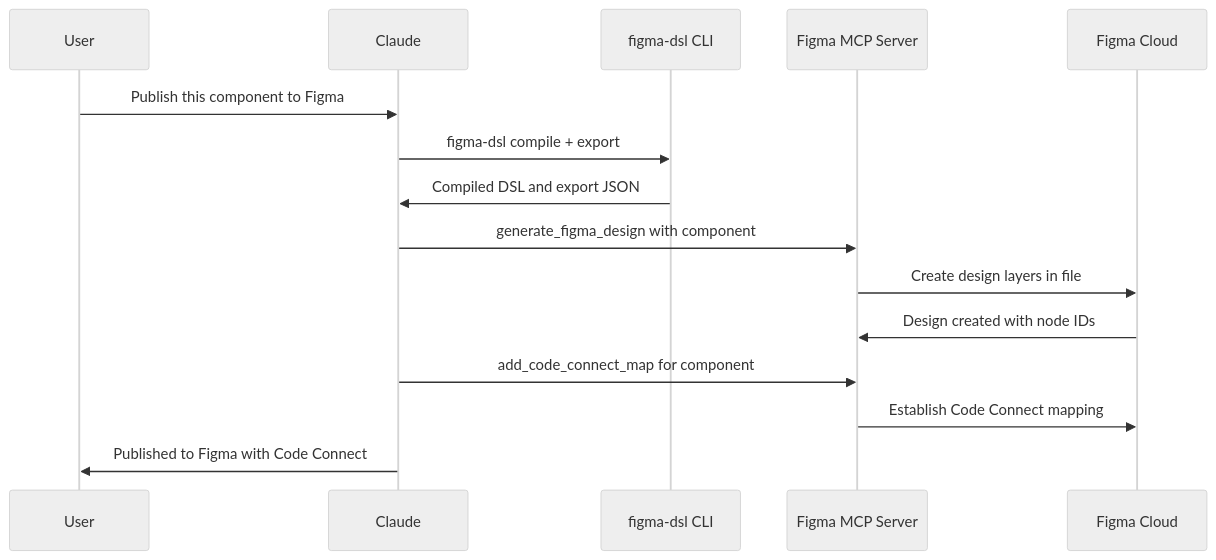
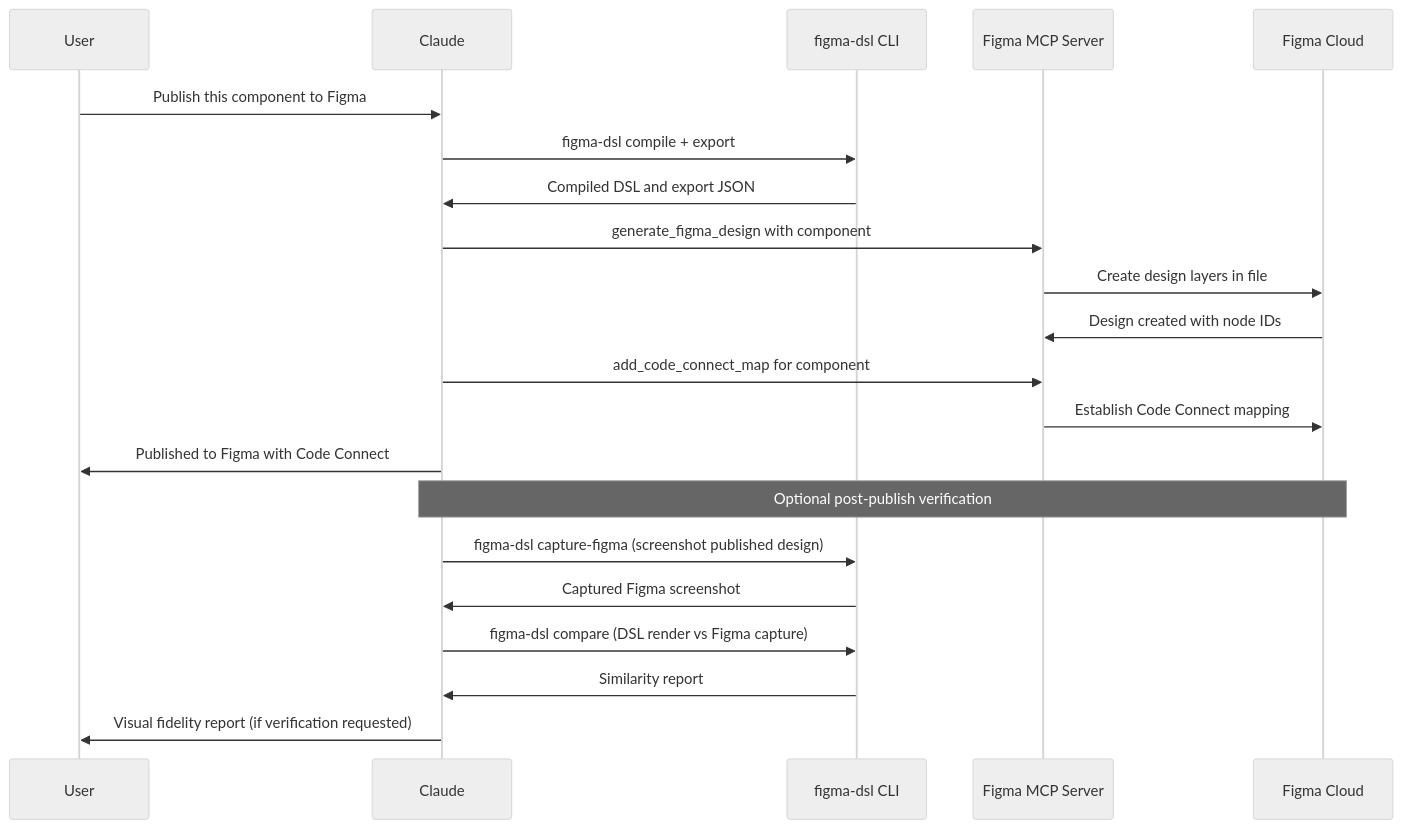
One commit to TETRA2000/figma-component-dsl changed the fifth of 7 diagrams in .kiro/specs/claude-desktop-interactive-workflow/design.md. Above: the diagram before and after it, drawn with Mermaid (neutral theme). The commit also changed other lines of this file and 2 other files, not shown here.

````diff
--- a/.kiro/specs/claude-desktop-interactive-workflow/design.md
+++ b/.kiro/specs/claude-desktop-interactive-workflow/design.md
@@ -215,18 +223,24 @@
 ```mermaid
 sequenceDiagram
     participant U as User
     participant C as Claude
     participant CLI as figma-dsl CLI
     participant MCP as Figma MCP Server
     participant F as Figma Cloud
 
     U->>C: Publish this component to Figma
     C->>CLI: figma-dsl compile + export
     CLI->>C: Compiled DSL and export JSON
     C->>MCP: generate_figma_design with component
     MCP->>F: Create design layers in file
     F->>MCP: Design created with node IDs
     C->>MCP: add_code_connect_map for component
     MCP->>F: Establish Code Connect mapping
     C->>U: Published to Figma with Code Connect
+    Note over C,F: Optional post-publish verification
+    C->>CLI: figma-dsl capture-figma (screenshot published design)
+    CLI->>C: Captured Figma screenshot
+    C->>CLI: figma-dsl compare (DSL render vs Figma capture)
+    CLI->>C: Similarity report
+    C->>U: Visual fidelity report (if verification requested)
 ```
````
